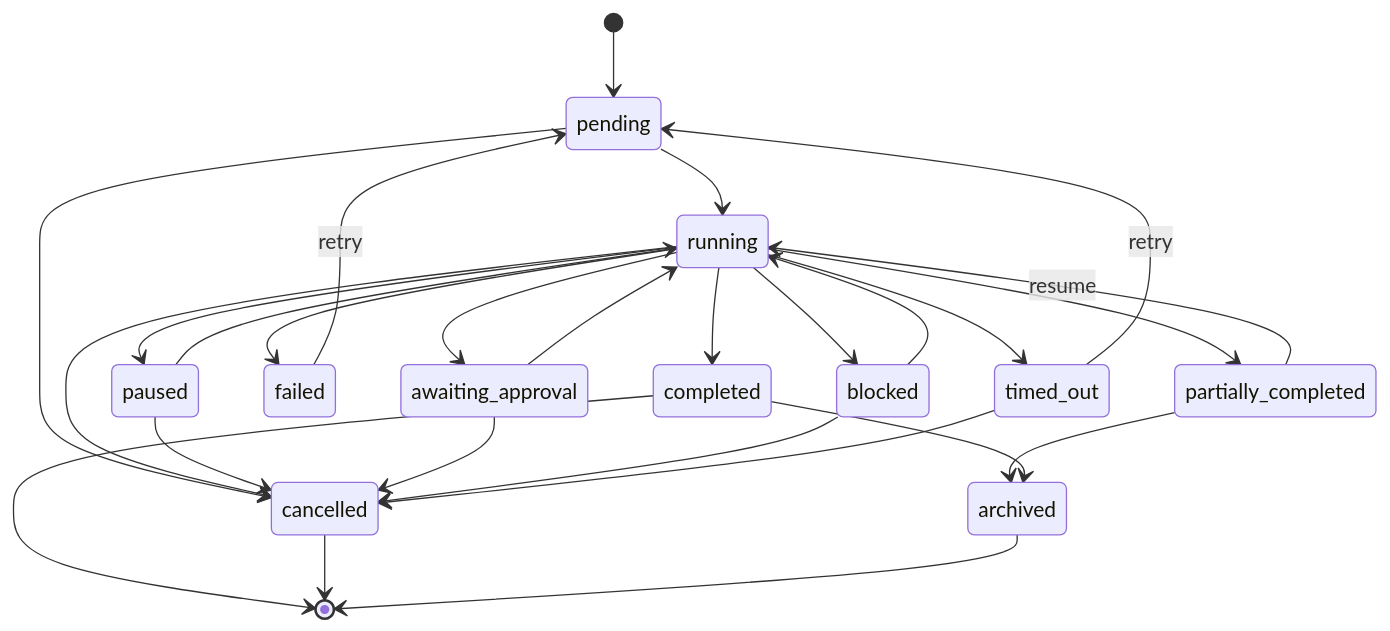
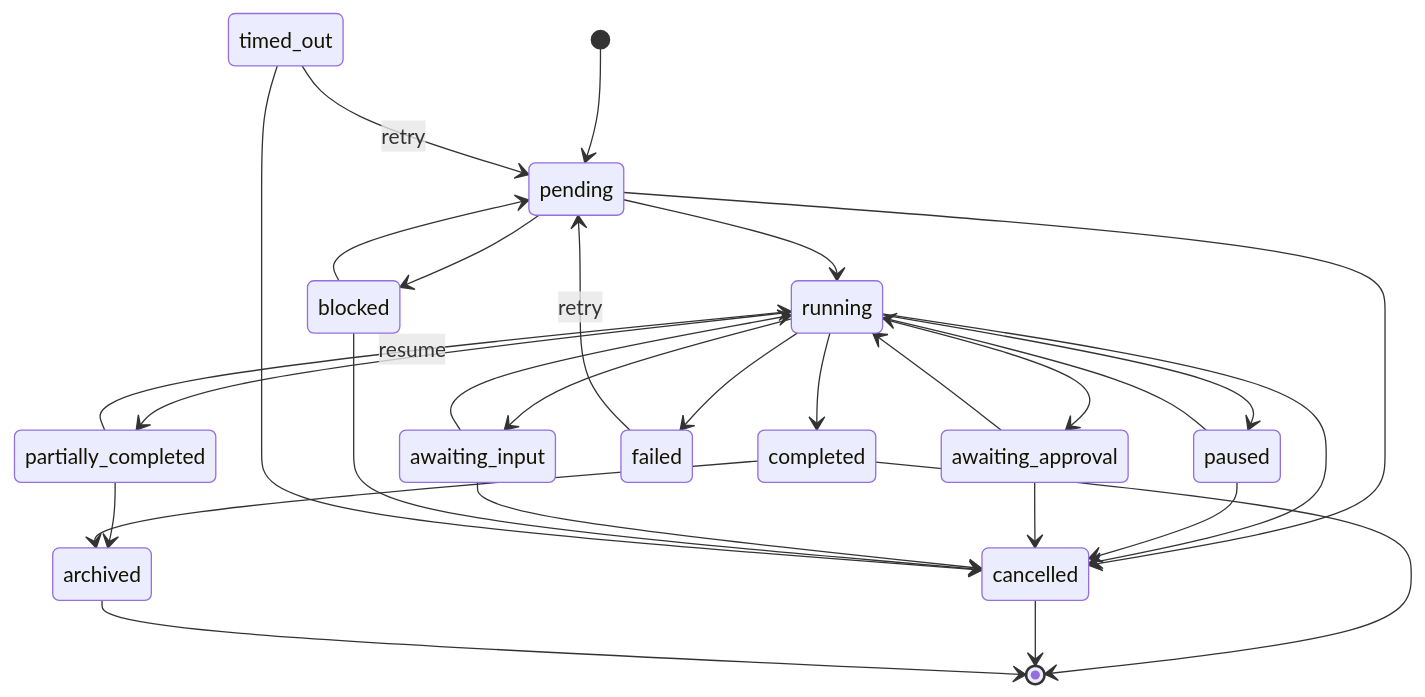
Before and after one commit to shivadharmi/muldro: the second of 3 diagrams in docs/architecture/execution.md, drawn with Mermaid. The commit also changed other lines of this file and 11 other files, not shown here.

First line of the commit message:
docs: update all architecture docs and README for post-15-spec redesign

````diff
--- a/docs/architecture/execution.md
+++ b/docs/architecture/execution.md
@@ -76,29 +71,31 @@
 ```mermaid
 stateDiagram-v2
     [*] --> pending
     pending --> running
     pending --> cancelled
+    pending --> blocked
     running --> paused
     running --> awaiting_approval
+    running --> awaiting_input
     running --> completed
     running --> failed
     running --> cancelled
-    running --> blocked
     running --> partially_completed
-    running --> timed_out
     paused --> running
     paused --> cancelled
     awaiting_approval --> running
     awaiting_approval --> cancelled
-    blocked --> running
+    awaiting_input --> running
+    awaiting_input --> cancelled
+    blocked --> pending
     blocked --> cancelled
     partially_completed --> running: resume
     partially_completed --> archived
     failed --> pending: retry
     timed_out --> pending: retry
     timed_out --> cancelled
     completed --> archived
     completed --> [*]
     cancelled --> [*]
     archived --> [*]
 ```
````
